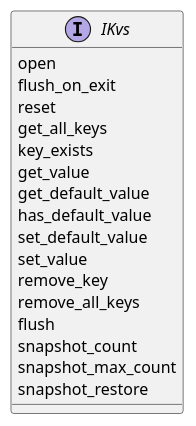
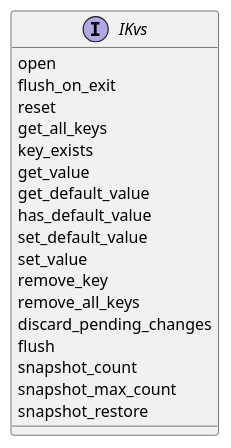
Before and after one commit to Ahmed-Elsaka-JC/persistency: the diagram in docs/features/persistency/architecture/_assets/kvs_interface.puml, drawn with PlantUML. The commit also changed 4 other files, not shown here.

```diff
--- a/docs/features/persistency/architecture/_assets/kvs_interface.puml
+++ b/docs/features/persistency/architecture/_assets/kvs_interface.puml
@@ -14,22 +14,23 @@
 @startuml
 
 interface IKvs {
     open
     flush_on_exit
     reset
     get_all_keys
     key_exists
     get_value
     get_default_value
     has_default_value
     set_default_value
     set_value
     remove_key
     remove_all_keys
+    discard_pending_changes
     flush
     snapshot_count
     snapshot_max_count
     snapshot_restore
 }
 
 @enduml
```
